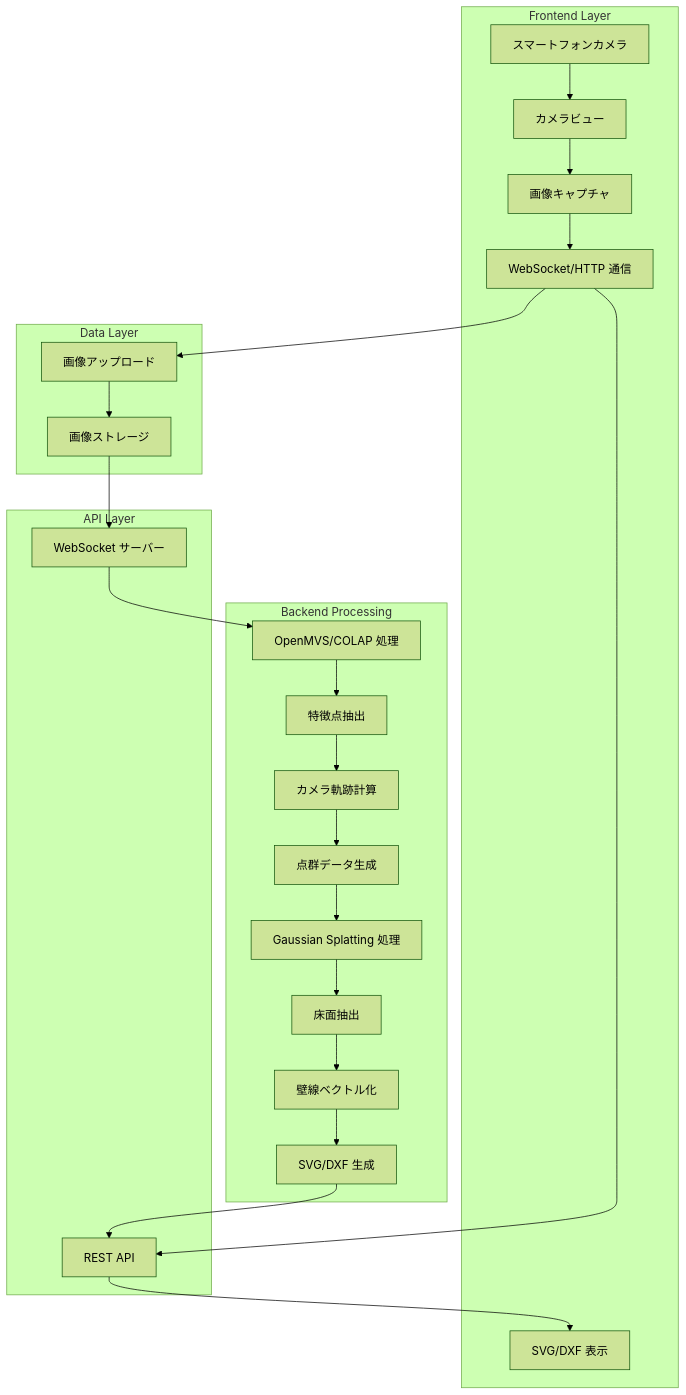
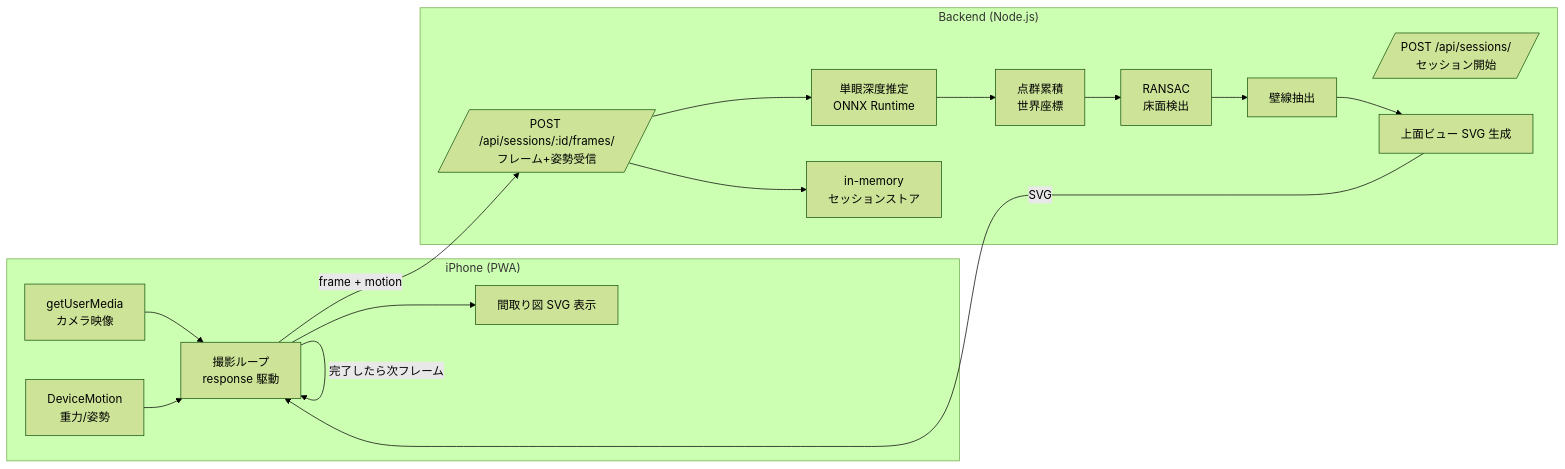
The diagram in docs/architecture.md (loopsketch/madori-creator), drawn with Mermaid (forest theme) before and after one commit. The commit also changed other lines of this file, not shown here.

````diff
--- a/docs/architecture.md
+++ b/docs/architecture.md
@@ -5,49 +13,33 @@
 ```mermaid
-graph TB
-    subgraph "Frontend Layer"
-        A[スマートフォンカメラ]
-        B[カメラビュー]
-        C[画像キャプチャ]
-        D[WebSocket/HTTP 通信]
-        E[SVG/DXF 表示]
+graph LR
+    subgraph "iPhone (PWA)"
+        A[getUserMedia<br>カメラ映像]
+        B[DeviceMotion<br>重力/姿勢]
+        C[撮影ループ<br>response 駆動]
+        D[間取り図 SVG 表示]
     end
-    
-    subgraph "Data Layer"
-        F[画像アップロード]
-        G[画像ストレージ]
+
+    subgraph "Backend (Node.js)"
+        E[/POST /api/sessions/<br>セッション開始/]
+        F[/POST /api/sessions/:id/frames/<br>フレーム+姿勢受信/]
+        G[単眼深度推定<br>ONNX Runtime]
+        H[点群累積<br>世界座標]
+        I[RANSAC<br>床面検出]
+        J[壁線抽出]
+        K[上面ビュー SVG 生成]
+        L[in-memory<br>セッションストア]
     end
-    
-    subgraph "Backend Processing"
-        H[OpenMVS/COLAP 処理]
-        I[特徴点抽出]
-        J[カメラ軌跡計算]
-        K[点群データ生成]
-        L[Gaussian Splatting 処理]
-        M[床面抽出]
-        N[壁線ベクトル化]
-        O[SVG/DXF 生成]
-    end
-    
-    subgraph "API Layer"
-        P[REST API]
-        Q[WebSocket サーバー]
-    end
-    
-    A --> B
+
+    A --> C
     B --> C
-    C --> D
-    D --> F
+    C -->|frame + motion| F
     F --> G
-    G --> Q
-    Q --> H
+    F --> L
+    G --> H
     H --> I
     I --> J
     J --> K
-    K --> L
-    L --> M
-    M --> N
-    N --> O
-    O --> P
-    D --> P
-    P --> E
+    K -->|SVG| C
+    C --> D
+    C -->|完了したら次フレーム| C
 ```
````
